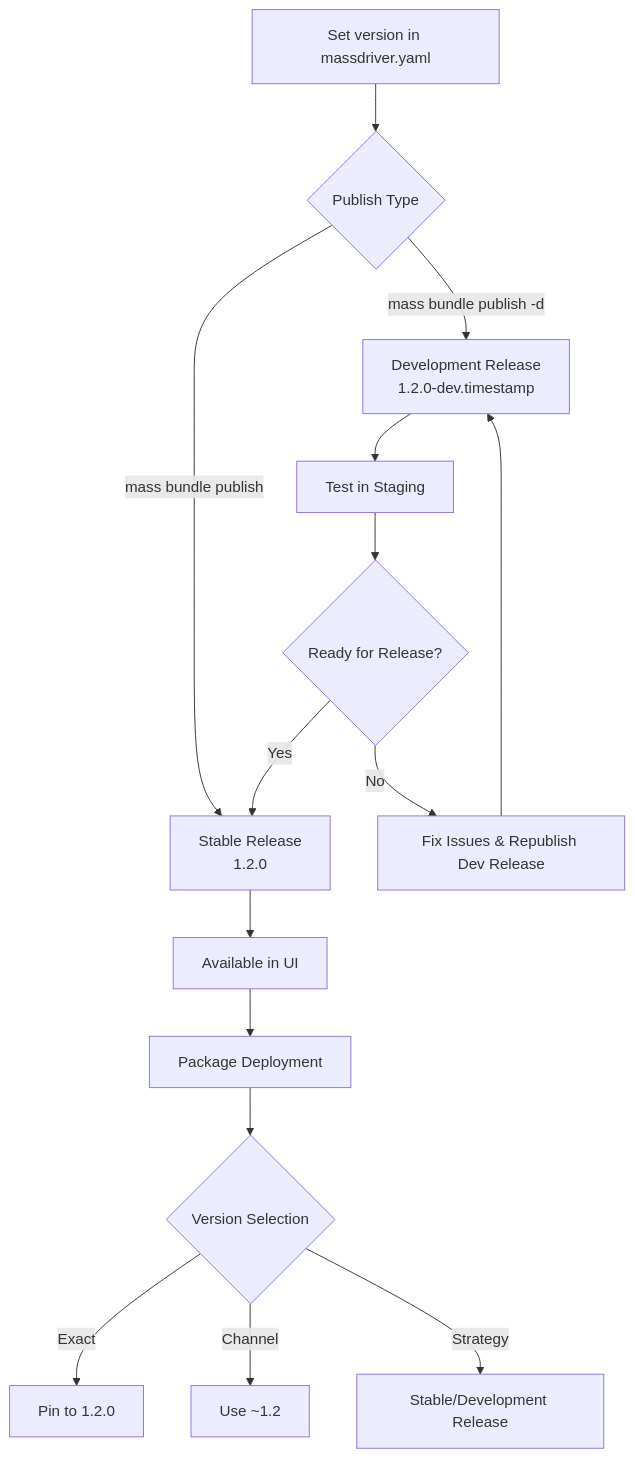
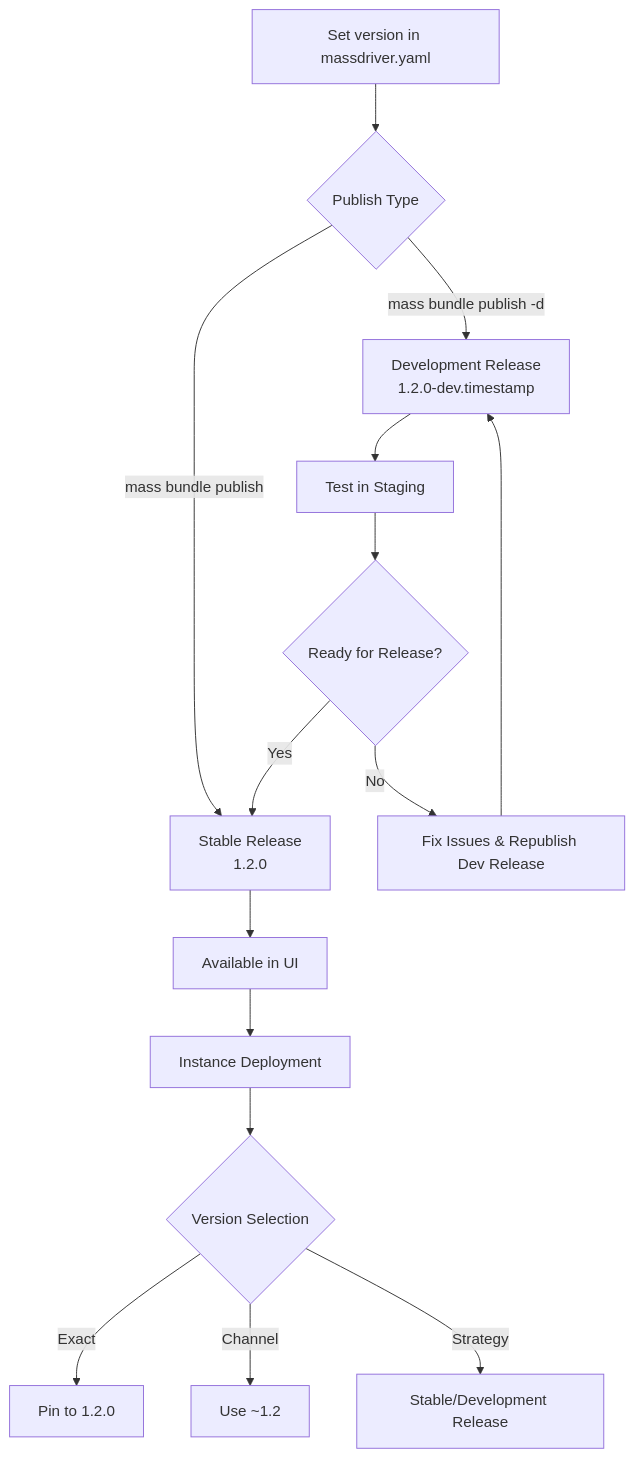
The diagram in docs/bundle-development/publishing/00-versioning.md (massdriver-cloud/docs), drawn with Mermaid before and after one commit. The commit also changed other lines of this file and 39 other files, not shown here.

````diff
--- a/docs/bundle-development/publishing/00-versioning.md
+++ b/docs/bundle-development/publishing/00-versioning.md
@@ -250,17 +250,17 @@
 ```mermaid
 graph TD
     A["Set version in massdriver.yaml"] --> B{"Publish Type"}
     B -->|"mass bundle publish -d"| C["Development Release<br/>1.2.0-dev.timestamp"]
     B -->|"mass bundle publish"| D["Stable Release<br/>1.2.0"]
     C --> E["Test in Staging"]
     E --> F{"Ready for Release?"}
     F -->|"No"| G["Fix Issues & Republish Dev Release"]
     G --> C
     F -->|"Yes"| D
     D --> H["Available in UI"]
-    H --> I["Package Deployment"]
+    H --> I["Instance Deployment"]
     I --> J{"Version Selection"}
     J -->|"Exact"| K["Pin to 1.2.0"]
     J -->|"Channel"| L["Use ~1.2"]
     J -->|"Strategy"| M["Stable/Development Release"]
 ```
````
